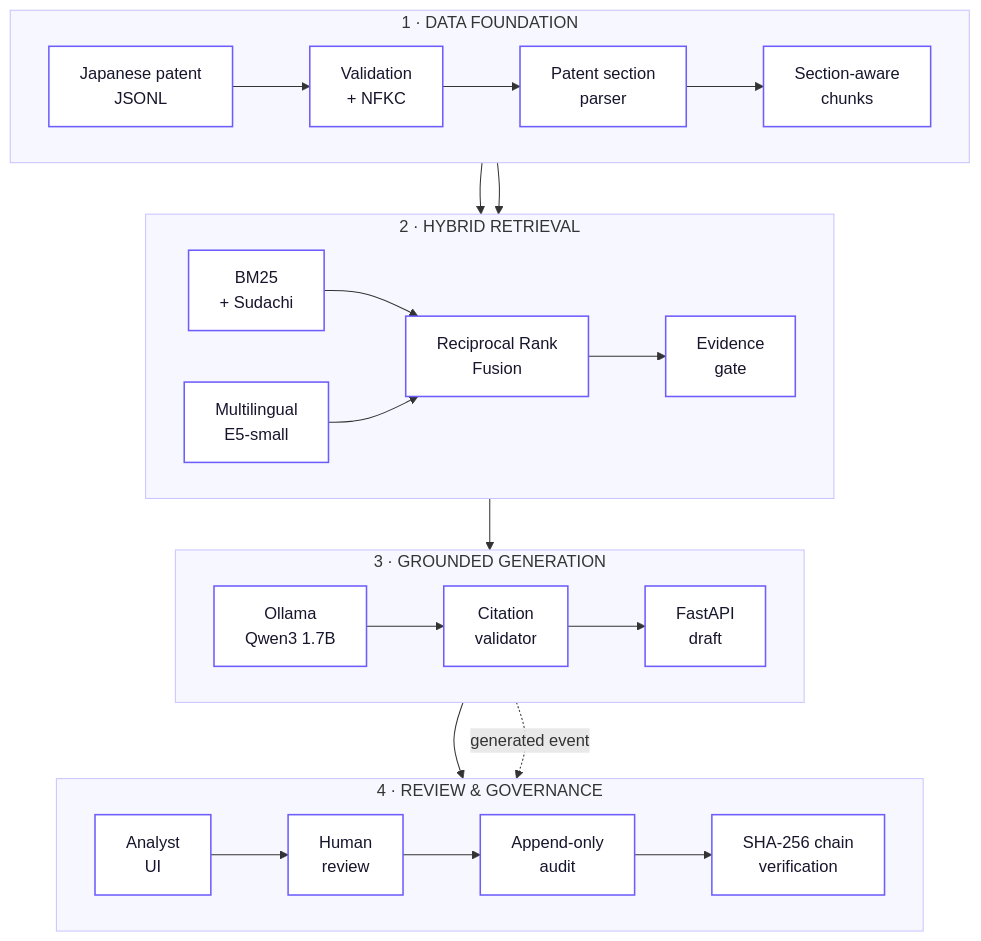
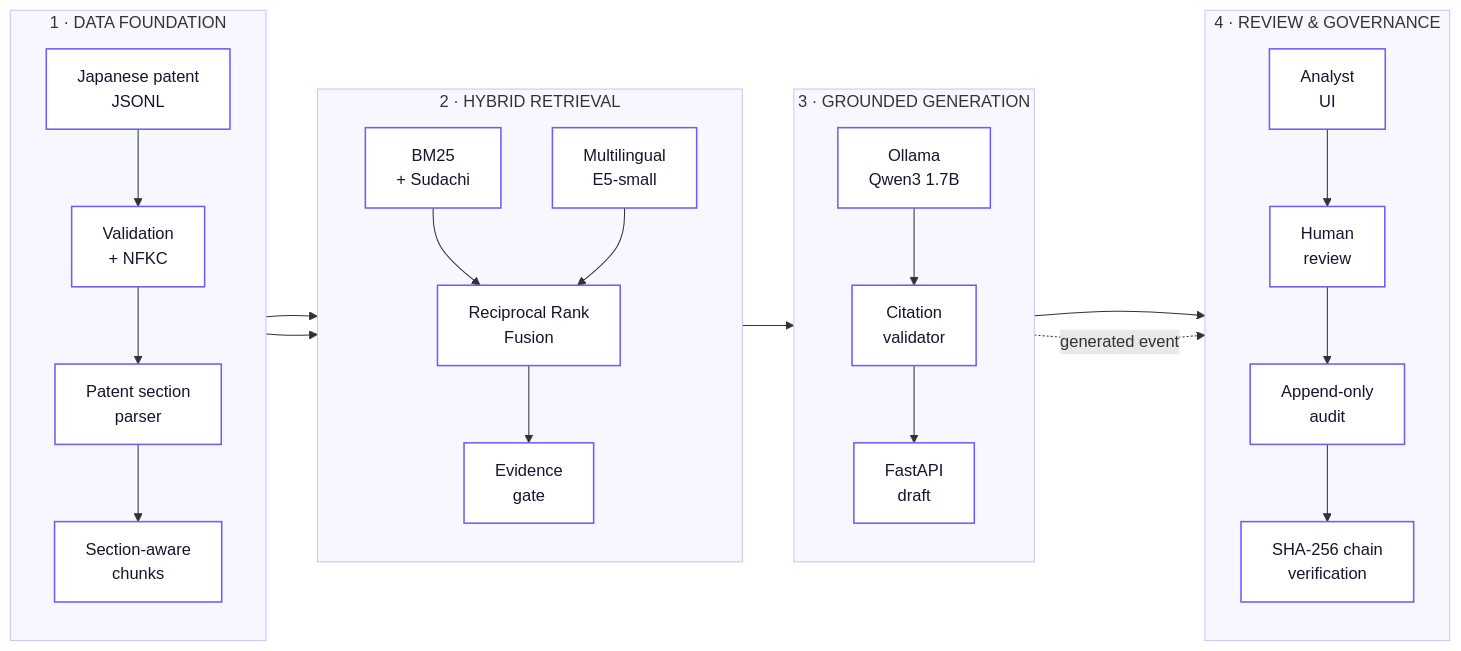
One commit to Lee2379/jp-patent-intelligence-rag changed the diagram in README.md. Above: the diagram before and after it, drawn with Mermaid. The commit also changed 1 other file, not shown here.

Commit message:
Balance architecture diagram layout

````diff
--- a/README.md
+++ b/README.md
@@ -93,41 +93,41 @@
 ```mermaid
-flowchart TB
+flowchart LR
     subgraph DATA["1 · DATA FOUNDATION"]
-        direction LR
+        direction TB
         A["Japanese patent<br/>JSONL"] --> B["Validation<br/>+ NFKC"]
         B --> C["Patent section<br/>parser"]
         C --> D["Section-aware<br/>chunks"]
     end
 
     subgraph SEARCH["2 · HYBRID RETRIEVAL"]
-        direction LR
+        direction TB
         E["BM25<br/>+ Sudachi"] --> G["Reciprocal Rank<br/>Fusion"]
         F["Multilingual<br/>E5-small"] --> G
         G --> H["Evidence<br/>gate"]
     end
 
     subgraph GENERATE["3 · GROUNDED GENERATION"]
-        direction LR
+        direction TB
         I["Ollama<br/>Qwen3 1.7B"] --> J["Citation<br/>validator"]
         J --> K["FastAPI<br/>draft"]
     end
 
     subgraph GOVERN["4 · REVIEW & GOVERNANCE"]
-        direction LR
+        direction TB
         L["Analyst<br/>UI"] --> M["Human<br/>review"]
         M --> N["Append-only<br/>audit"]
         N --> O["SHA-256 chain<br/>verification"]
     end
 
     D --> E
     D --> F
     H --> I
     K --> L
     K -. generated event .-> N
 
     classDef default fill:#ffffff,stroke:#6d5dfc,stroke-width:1.5px,color:#17152b,font-size:16px;
     style DATA fill:#f7f7ff,stroke:#c9c4ff,stroke-width:1px
     style SEARCH fill:#f7f7ff,stroke:#c9c4ff,stroke-width:1px
     style GENERATE fill:#f7f7ff,stroke:#c9c4ff,stroke-width:1px
     style GOVERN fill:#f7f7ff,stroke:#c9c4ff,stroke-width:1px
 ```
````
